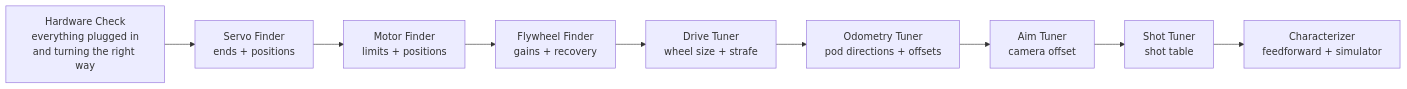
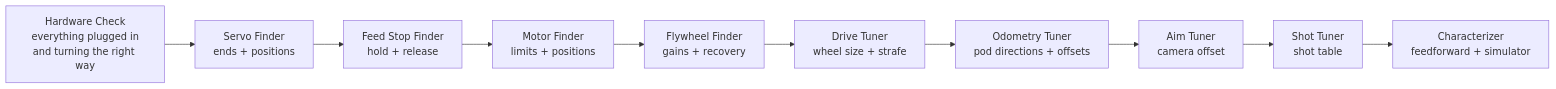
Before and after one commit to crossbotics/ftc-helper-lib: the diagram in docs/guides/finders.md, drawn with Mermaid. The commit also changed other lines of this file and 40 other files, not shown here.

````diff
--- a/docs/guides/finders.md
+++ b/docs/guides/finders.md
@@ -56,11 +57,12 @@
 ```mermaid
 flowchart LR
     H["Hardware Check<br/>everything plugged in<br/>and turning the right way"] --> S["Servo Finder<br/>ends + positions"]
-    S --> M["Motor Finder<br/>limits + positions"]
+    S --> FS["Feed Stop Finder<br/>hold + release"]
+    FS --> M["Motor Finder<br/>limits + positions"]
     M --> F["Flywheel Finder<br/>gains + recovery"]
     F --> D["Drive Tuner<br/>wheel size + strafe"]
     D --> O["Odometry Tuner<br/>pod directions + offsets"]
     O --> A["Aim Tuner<br/>camera offset"]
     A --> T["Shot Tuner<br/>shot table"]
     T --> C["Characterizer<br/>feedforward + simulator"]
 ```
````
